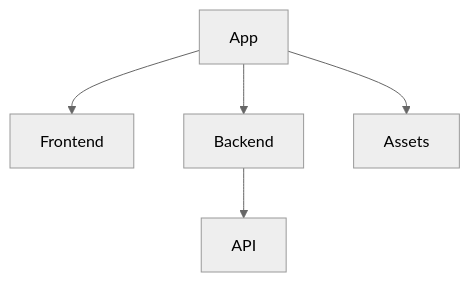
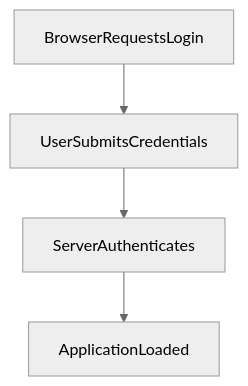
The second of 2 diagrams in README.md (yogithasivakumar/FocusZen), drawn with Mermaid (neutral theme) before and after one commit. The commit also changed other lines of this file, not shown here.

````diff
--- a/README.md
+++ b/README.md
@@ -7,7 +23,6 @@
 ```mermaid
 flowchart TD
-    App --> Frontend
-    App --> Backend
-    Backend --> API
-    App --> Assets
+    BrowserRequestsLogin --> UserSubmitsCredentials
+    UserSubmitsCredentials --> ServerAuthenticates
+    ServerAuthenticates --> ApplicationLoaded
 ```
````
